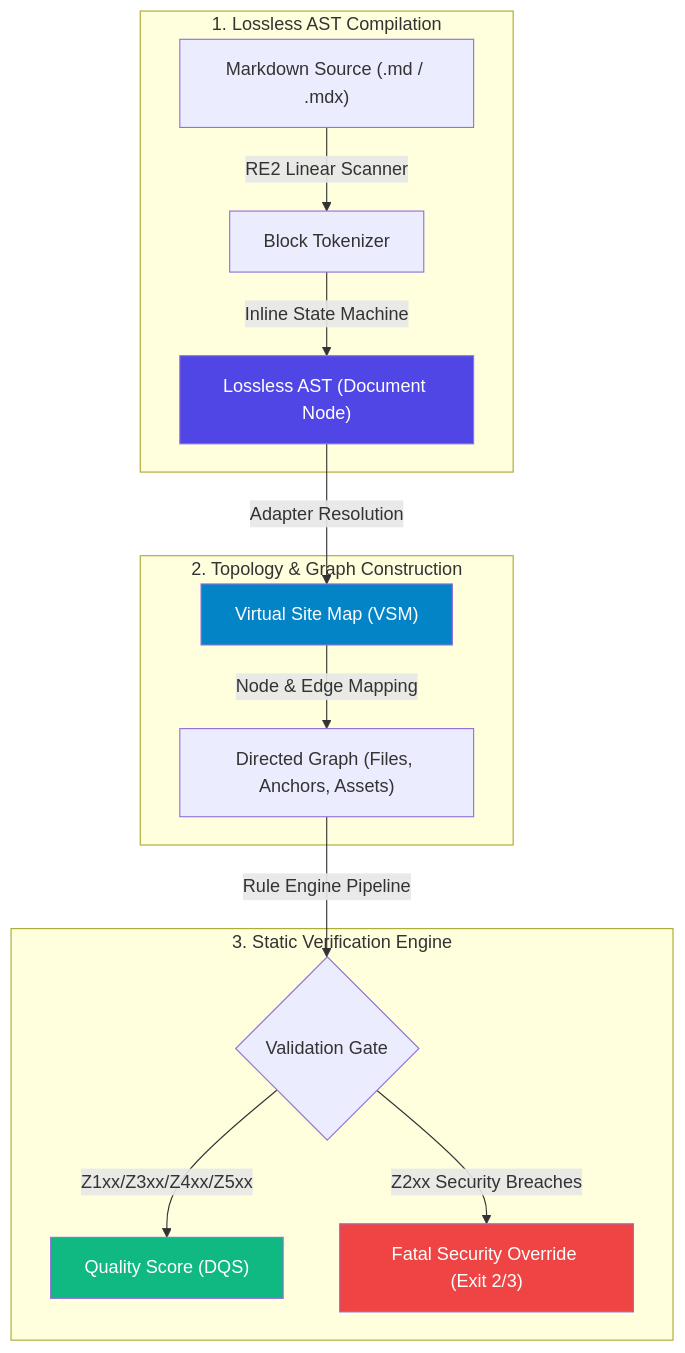
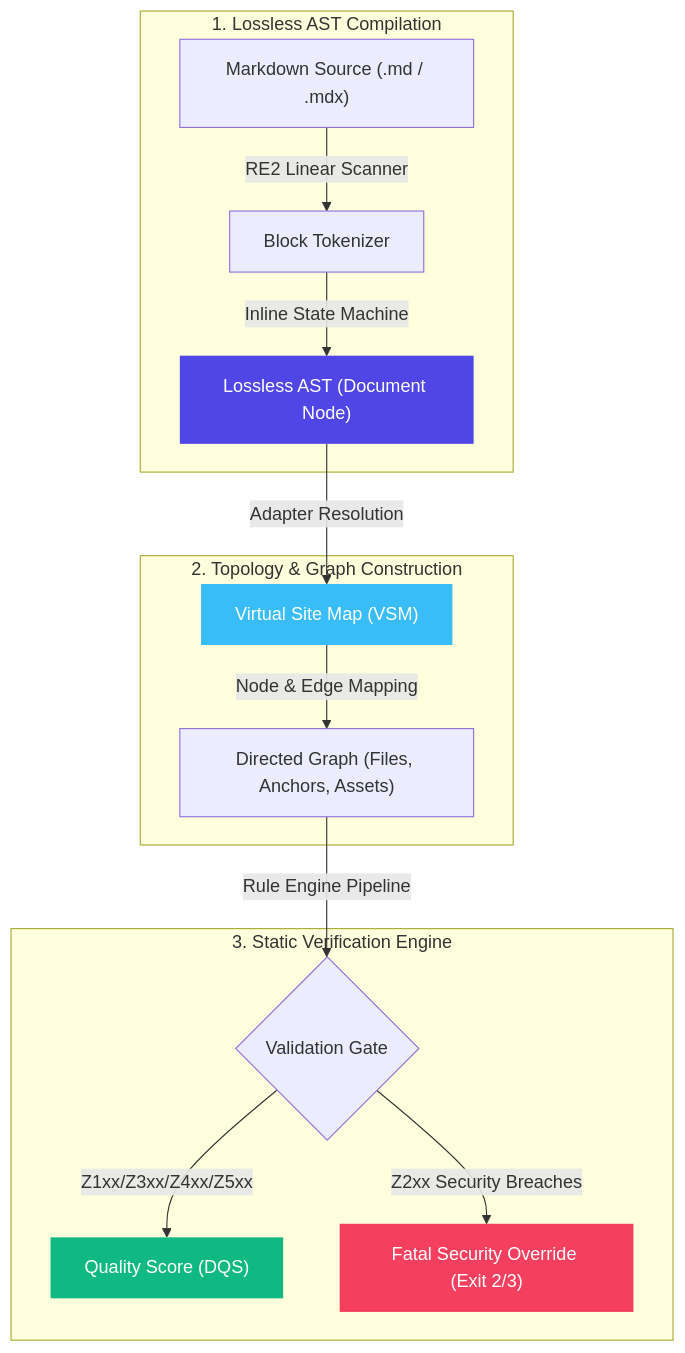
The diagram in docs/developers/reference/ast-foundations.md (PythonWoods-Dev/zenzic), drawn with Mermaid before and after one commit. The commit also changed 11 other files, not shown here.

````diff
--- a/docs/developers/reference/ast-foundations.md
+++ b/docs/developers/reference/ast-foundations.md
@@ -46,23 +46,28 @@
 ```mermaid
 flowchart TD
     subgraph Compilation ["1. Lossless AST Compilation"]
         A["Markdown Source (.md / .mdx)"] -->|RE2 Linear Scanner| B["Block Tokenizer"]
         B -->|Inline State Machine| C["Lossless AST (Document Node)"]
     end
 
     subgraph Graph ["2. Topology & Graph Construction"]
         C -->|Adapter Resolution| D["Virtual Site Map (VSM)"]
         D -->|Node & Edge Mapping| E["Directed Graph (Files, Anchors, Assets)"]
     end
 
     subgraph Verification ["3. Static Verification Engine"]
         E -->|Rule Engine Pipeline| F{"Validation Gate"}
         F -->|Z1xx/Z3xx/Z4xx/Z5xx| G["Quality Score (DQS)"]
         F -->|Z2xx Security Breaches| H["Fatal Security Override (Exit 2/3)"]
     end
 
-    style C fill:#4f46e5,color:#fff
-    style D fill:#0284c7,color:#fff
-    style G fill:#10b981,color:#fff
-    style H fill:#ef4444,color:#fff
+    classDef entry fill:#4f46e5,color:#fff,stroke-width:0px
+    classDef data fill:#38bdf8,color:#fff,stroke-width:0px
+    classDef ok fill:#10b981,color:#fff,stroke-width:0px
+    classDef gate fill:#f59e0b,color:#fff,stroke-width:0px
+    classDef danger fill:#f43f5e,color:#fff,stroke-width:0px
+    class C entry
+    class D data
+    class G ok
+    class H danger
 ```
````
